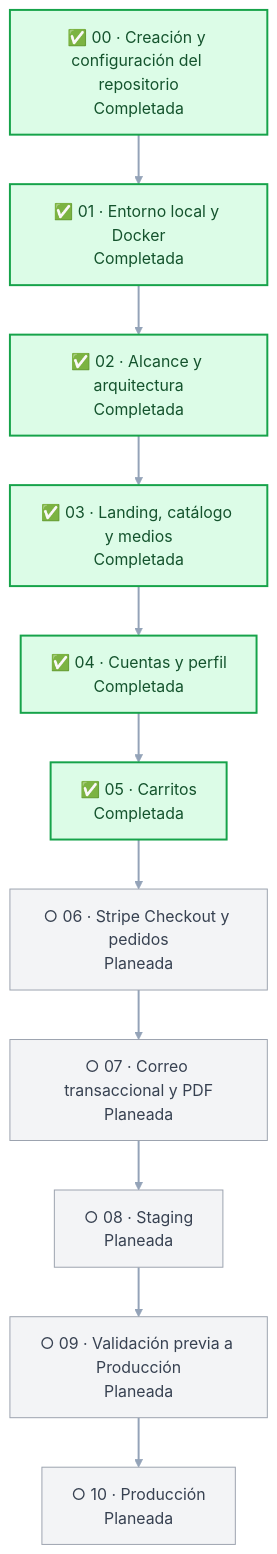
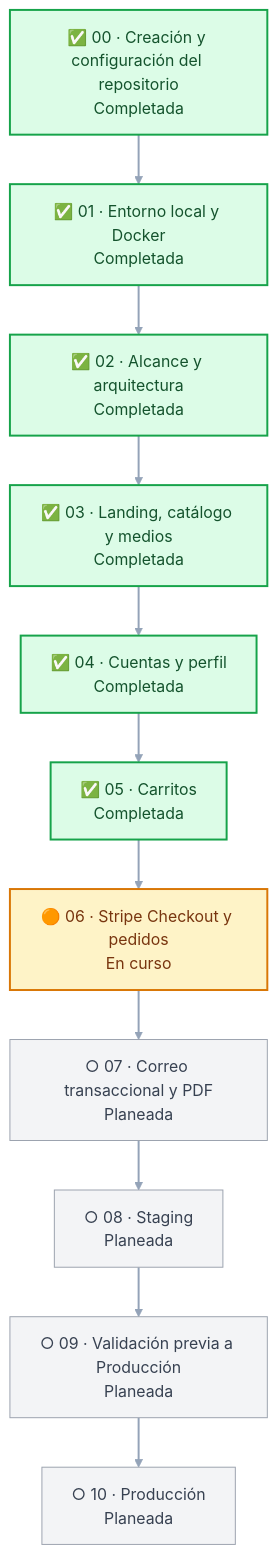
One commit to sadamlg/sr_del_mictlan changed the diagram in docs/ROADMAP.md. Above: the diagram before and after it, drawn with Mermaid. The commit also changed other lines of this file and 42 other files, not shown here.

First line of the commit message:
feat: add Stripe checkout and order history

````diff
--- a/docs/ROADMAP.md
+++ b/docs/ROADMAP.md
@@ -23,23 +23,24 @@
 ```mermaid
 flowchart TB
     p00["✅ 00 · Creación y configuración del repositorio<br/>Completada"] --> p01
     p01["✅ 01 · Entorno local y Docker<br/>Completada"] --> p02["✅ 02 · Alcance y arquitectura<br/>Completada"]
     p02 --> p03["✅ 03 · Landing, catálogo y medios<br/>Completada"]
     p03 --> p04["✅ 04 · Cuentas y perfil<br/>Completada"]
     p04 --> p05["✅ 05 · Carritos<br/>Completada"]
-    p05 --> p06["○ 06 · Stripe Checkout y pedidos<br/>Planeada"]
+    p05 --> p06["🟠 06 · Stripe Checkout y pedidos<br/>En curso"]
     p06 --> p07["○ 07 · Correo transaccional y PDF<br/>Planeada"]
     p07 --> p08["○ 08 · Staging<br/>Planeada"]
     p08 --> p09["○ 09 · Validación previa a Producción<br/>Planeada"]
     p09 --> p10["○ 10 · Producción<br/>Planeada"]
 
     classDef completed fill:#dcfce7,stroke:#16a34a,color:#14532d,stroke-width:2px;
     classDef active fill:#fef3c7,stroke:#d97706,color:#78350f,stroke-width:2px;
     classDef restart fill:#ede9fe,stroke:#7c3aed,color:#4c1d95,stroke-width:2px;
     classDef planned fill:#f3f4f6,stroke:#9ca3af,color:#374151;
 
     class p00,p01,p02,p03,p04,p05 completed;
-    class p06,p07,p08,p09,p10 planned;
+    class p06 active;
+    class p07,p08,p09,p10 planned;
 
     linkStyle default stroke:#94a3b8,stroke-width:2px;
 ```
````
